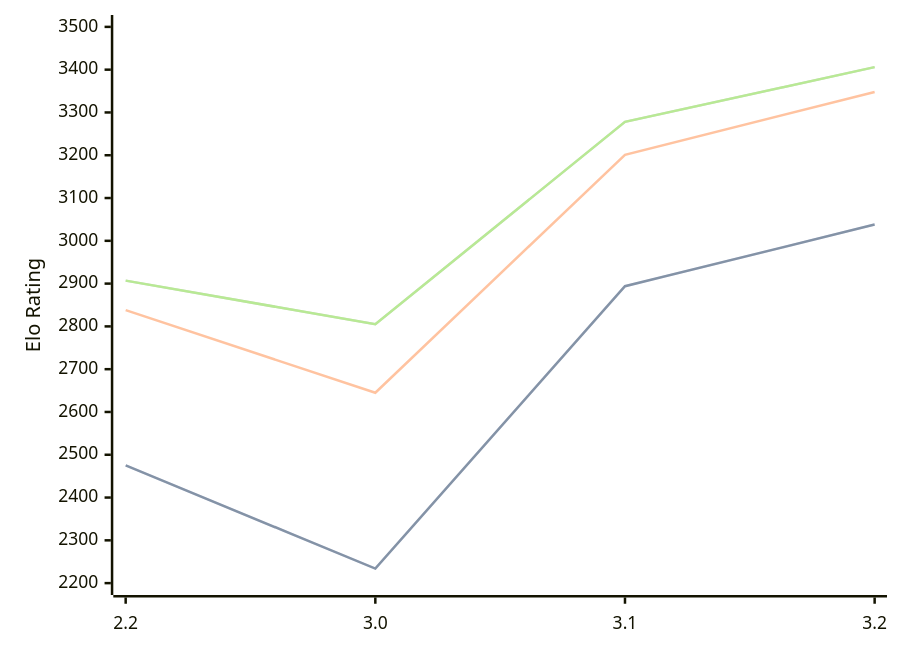
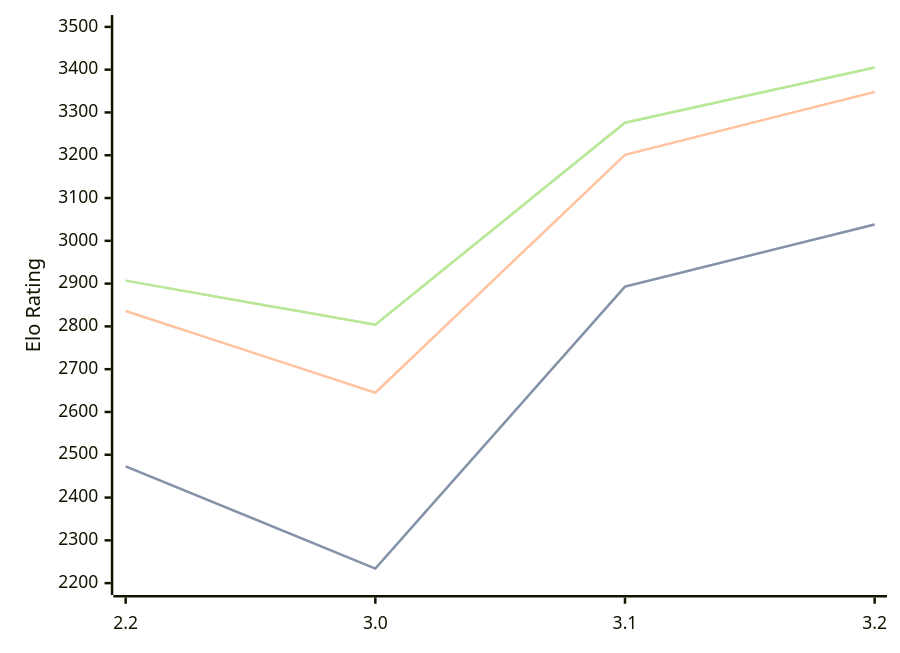
Before and after one commit to computer-chess-index/cci: the diagram in engines/Thrawn.md, drawn with Mermaid. The commit also changed other lines of this file, not shown here.

Commit message:
Update CCI Ratings (ELO VLTC) - 2026-10-01

````diff
--- a/engines/Thrawn.md
+++ b/engines/Thrawn.md
@@ -34,11 +34,11 @@
 ```mermaid
 %%{init: {"theme":"base","themeVariables":{"seriesColors:['#a3a3a3','#222221','#faa371']}}}%%
 xychart-beta
   x-axis ["2.2", "3.0", "3.1", "3.2"]
   y-axis "Elo Rating" 2200 --> 3500
-  line "" [2475, 2234, 2894, 3038]
-  line "STC (8.0+0.08s)" [2475, 2234, 2894, 3038]
-  line "LTC (60.0+0.60s)" [2838, 2645, 3201, 3348]
-  line "" [2907, 2805, 3278, 3406]
-  line "VLTC (2m24s+1.12s)" [2907, 2805, 3278, 3406]
+  line "" [2473, 2234, 2893, 3038]
+  line "STC (8.0+0.08s)" [2473, 2234, 2893, 3038]
+  line "LTC (60.0+0.60s)" [2836, 2645, 3201, 3348]
+  line "" [2907, 2804, 3276, 3405]
+  line "VLTC (2m24s+1.12s)" [2907, 2804, 3276, 3405]
 ```
````
